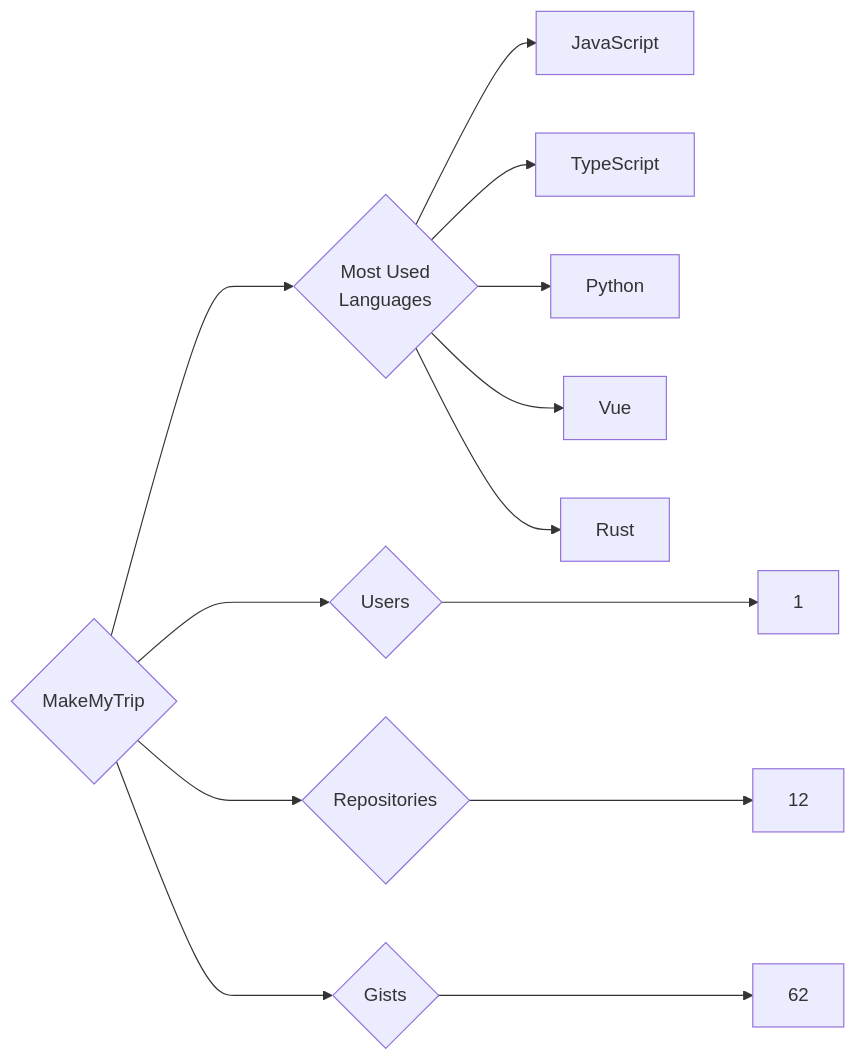
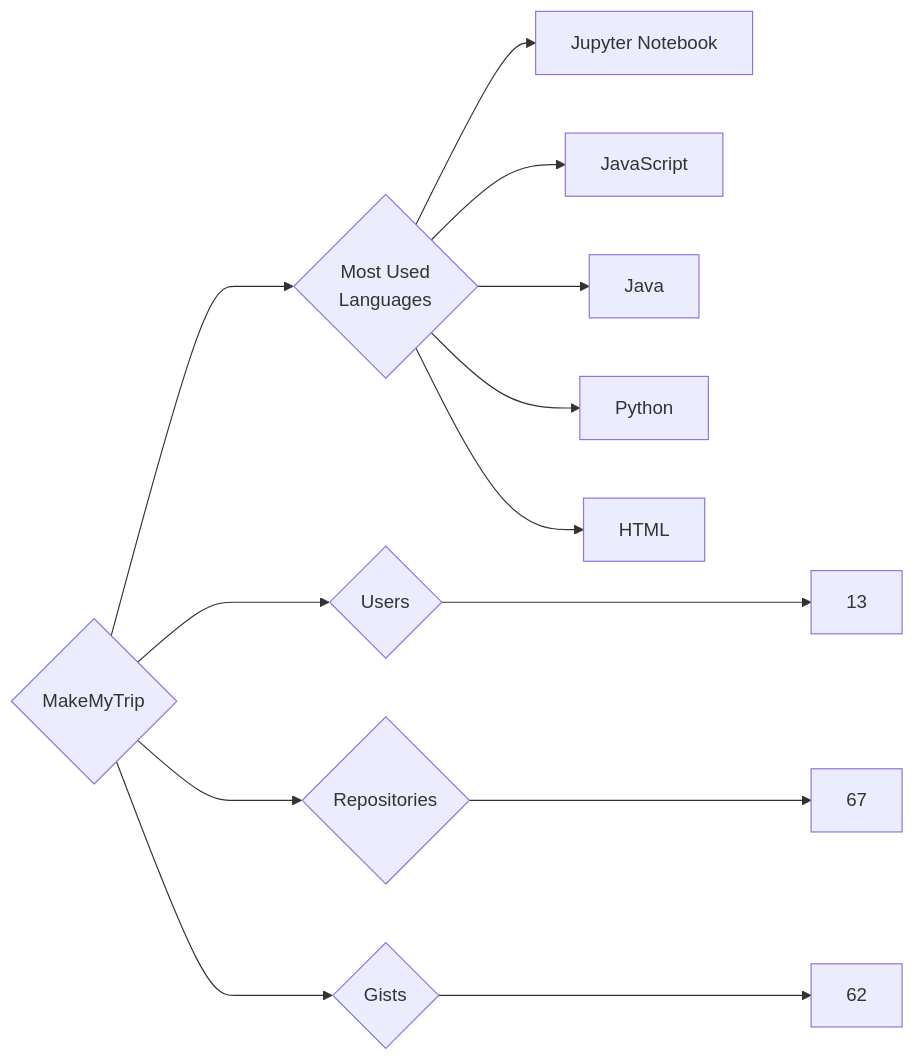
Before and after one commit to trickest/insiders: the diagram in targets/MakeMyTrip/README.md, drawn with Mermaid. The commit also changed 797 other files, not shown here.

````diff
--- a/targets/MakeMyTrip/README.md
+++ b/targets/MakeMyTrip/README.md
@@ -3,13 +3,13 @@
 ```mermaid
 graph LR
 COMPANY_NAME{MakeMyTrip}
-COMPANY_NAME ---> U{Users} ---> UN[1]
-COMPANY_NAME ---> R{Repositories} ---> RN[12]
+COMPANY_NAME ---> U{Users} ---> UN[13]
+COMPANY_NAME ---> R{Repositories} ---> RN[67]
 COMPANY_NAME ---> G{Gists} ---> GN[62]
 COMPANY_NAME ---> ML{Most Used<br>Languages}
+ML --> Jupyter_Notebook[Jupyter Notebook]
 ML --> JavaScript[JavaScript]
-ML --> TypeScript[TypeScript]
+ML --> Java[Java]
 ML --> Python[Python]
-ML --> Vue[Vue]
-ML --> Rust[Rust]
+ML --> HTML[HTML]
 ```
````
